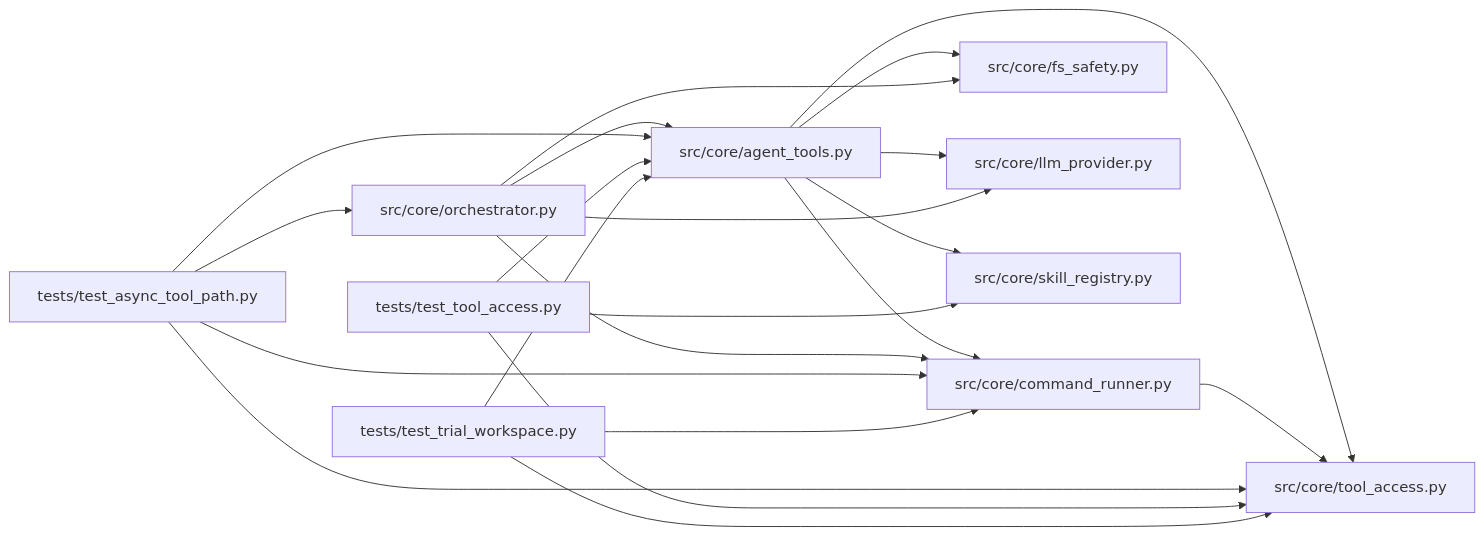
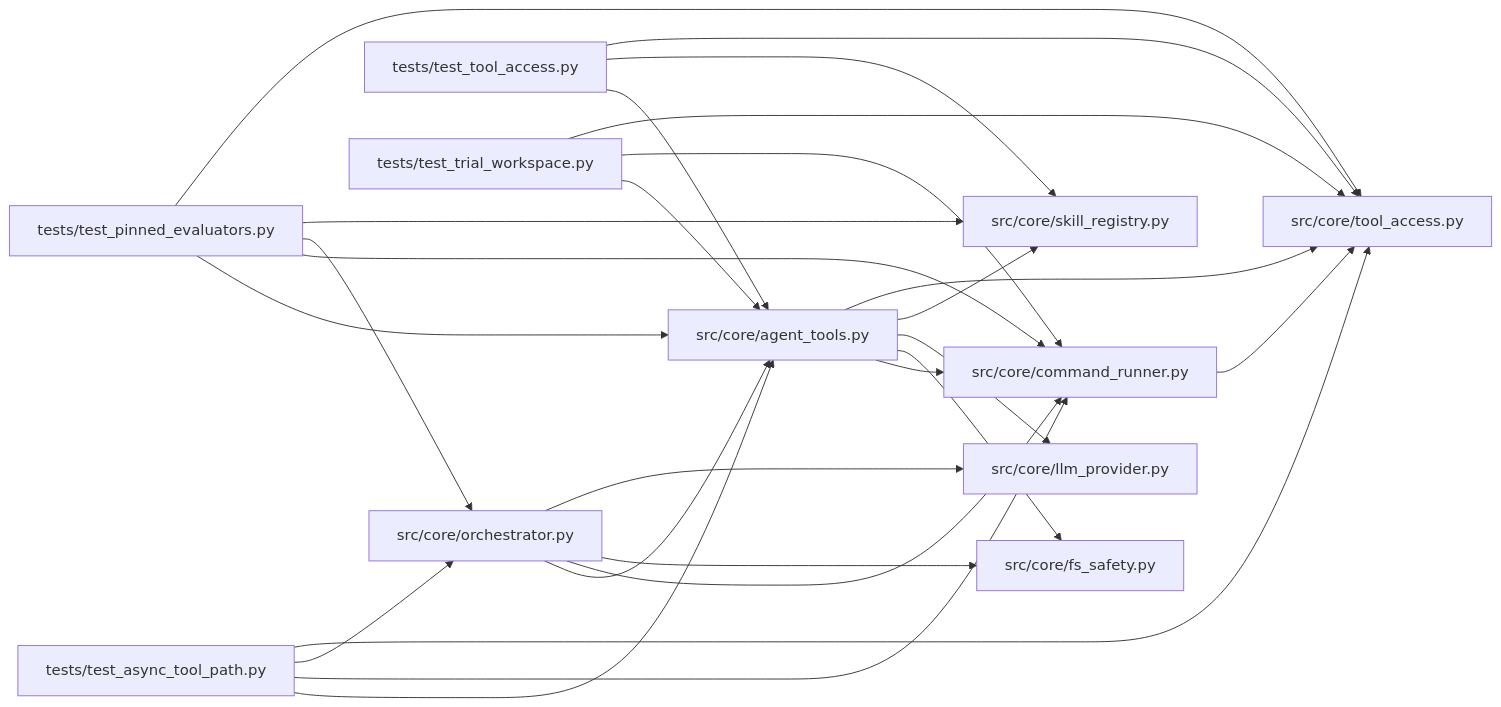
The diagram in docs/llm_wiki/modules/agent_tools.md (Denissvgn/autoresearch-agent), drawn with Mermaid before and after one commit. The commit also changed other lines of this file and 54 other files, not shown here.

````diff
--- a/docs/llm_wiki/modules/agent_tools.md
+++ b/docs/llm_wiki/modules/agent_tools.md
@@ -42,43 +42,50 @@
 ```mermaid
 flowchart LR
     n0["src/core/agent_tools.py"]
     n1["src/core/command_runner.py"]
     n2["src/core/fs_safety.py"]
     n3["src/core/llm_provider.py"]
     n4["src/core/orchestrator.py"]
     n5["src/core/skill_registry.py"]
     n6["src/core/tool_access.py"]
     n7["tests/test_async_tool_path.py"]
-    n8["tests/test_tool_access.py"]
-    n9["tests/test_trial_workspace.py"]
+    n8["tests/test_pinned_evaluators.py"]
+    n9["tests/test_tool_access.py"]
+    n10["tests/test_trial_workspace.py"]
     n0 --> n1
     n0 --> n2
     n0 --> n3
     n0 --> n5
     n0 --> n6
     n1 --> n6
     n4 --> n0
     n4 --> n1
     n4 --> n2
     n4 --> n3
     n7 --> n0
     n7 --> n1
     n7 --> n4
     n7 --> n6
     n8 --> n0
+    n8 --> n1
+    n8 --> n4
     n8 --> n5
     n8 --> n6
     n9 --> n0
-    n9 --> n1
+    n9 --> n5
     n9 --> n6
+    n10 --> n0
+    n10 --> n1
+    n10 --> n6
     click n0 "../modules/agent_tools.md"
     click n1 "../modules/command_runner.md"
     click n2 "../modules/fs_safety.md"
     click n3 "../modules/llm_provider.md"
     click n4 "../modules/orchestrator.md"
     click n5 "../modules/skill_registry.md"
     click n6 "../modules/tool_access.md"
     click n7 "../modules/test_async_tool_path.md"
-    click n8 "../modules/test_tool_access.md"
-    click n9 "../modules/test_trial_workspace.md"
+    click n8 "../modules/test_pinned_evaluators.md"
+    click n9 "../modules/test_tool_access.md"
+    click n10 "../modules/test_trial_workspace.md"
 ```
````
